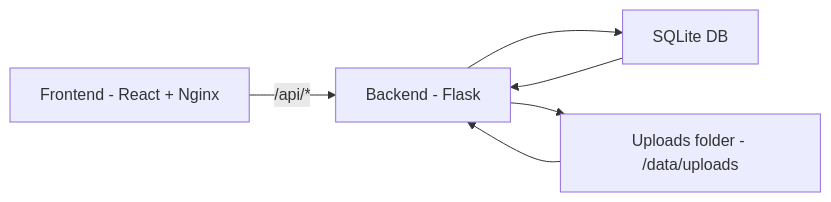
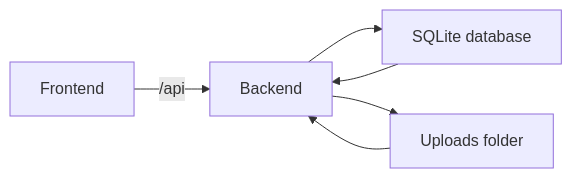
One commit to ShanjulMittal/FRR changed the first of 3 diagrams in README.md. Above: the diagram before and after it, drawn with Mermaid.

Commit message:
Simplify Architecture Mermaid diagram for compatibility

````diff
--- a/README.md
+++ b/README.md
@@ -51,8 +51,8 @@
 ```mermaid
-flowchart LR
-  UI[Frontend - React + Nginx] -->|/api/*| API[Backend - Flask]
-  API --> DB[SQLite DB]
-  API --> UP[Uploads folder - /data/uploads]
+graph LR
+  UI[Frontend] -->|/api| API[Backend]
+  API --> DB[SQLite database]
+  API --> UP[Uploads folder]
   DB --> API
   UP --> API
 ```
````
